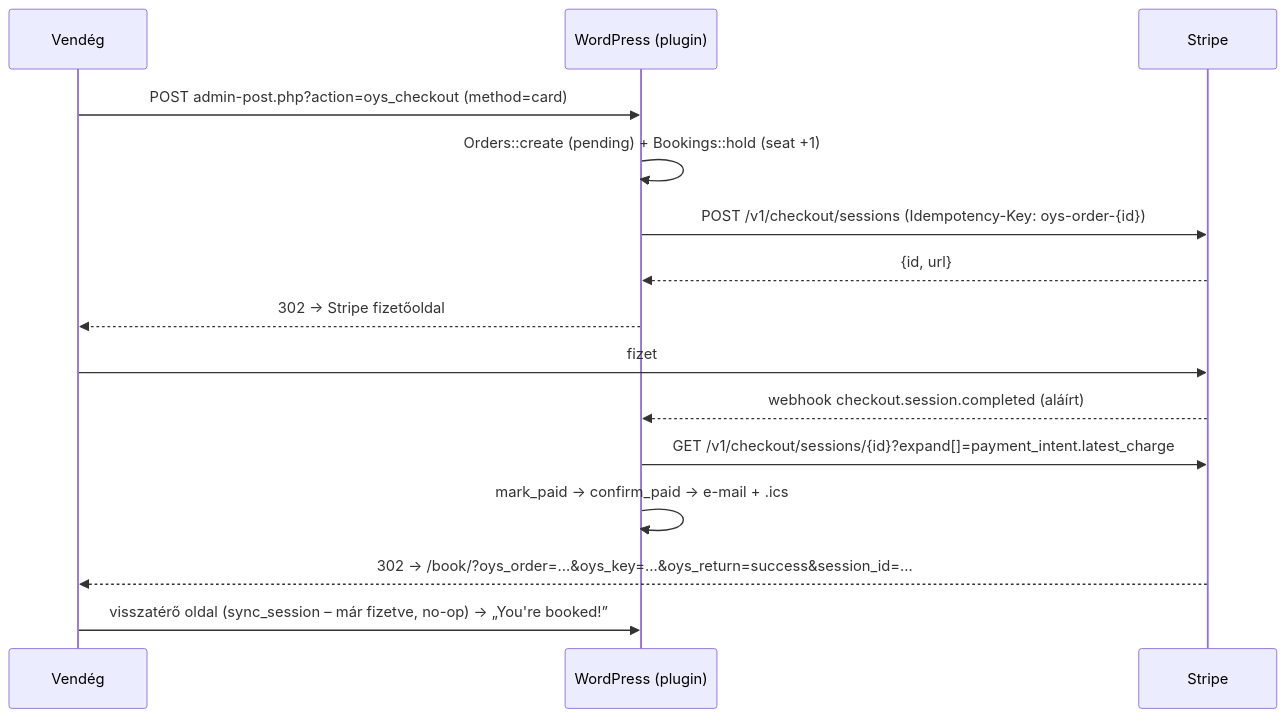
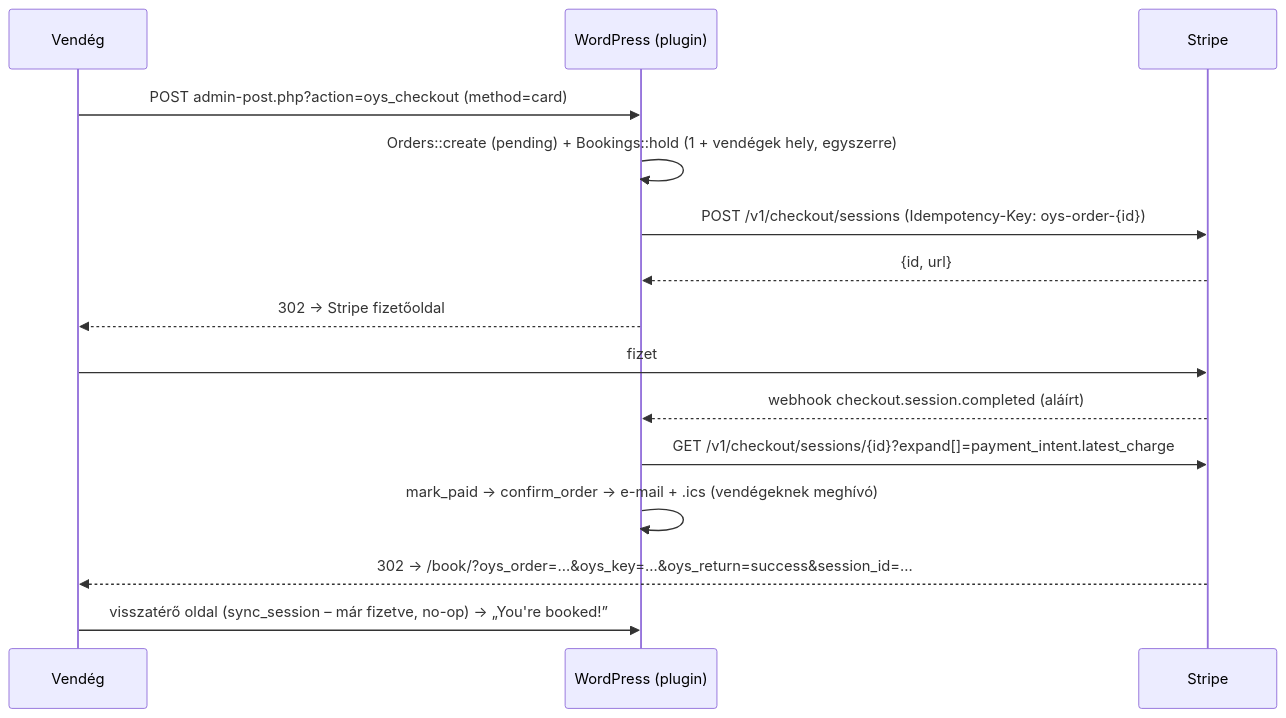
The fourth of 6 diagrams in wordpress/DEVELOPER.md (aronritok-sketch/oliv), drawn with Mermaid before and after one commit. The commit also changed other lines of this file and 4 other files, not shown here.

````diff
--- a/wordpress/DEVELOPER.md
+++ b/wordpress/DEVELOPER.md
@@ -383,17 +412,17 @@
 ```mermaid
 sequenceDiagram
   participant U as Vendég
   participant WP as WordPress (plugin)
   participant S as Stripe
   U->>WP: POST admin-post.php?action=oys_checkout (method=card)
-  WP->>WP: Orders::create (pending) + Bookings::hold (seat +1)
+  WP->>WP: Orders::create (pending) + Bookings::hold (1 + vendégek hely, egyszerre)
   WP->>S: POST /v1/checkout/sessions (Idempotency-Key: oys-order-{id})
   S-->>WP: {id, url}
   WP-->>U: 302 → Stripe fizetőoldal
   U->>S: fizet
   S-->>WP: webhook checkout.session.completed (aláírt)
   WP->>S: GET /v1/checkout/sessions/{id}?expand[]=payment_intent.latest_charge
-  WP->>WP: mark_paid → confirm_paid → e-mail + .ics
+  WP->>WP: mark_paid → confirm_order → e-mail + .ics (vendégeknek meghívó)
   S-->>U: 302 → /book/?oys_order=…&oys_key=…&oys_return=success&session_id=…
   U->>WP: visszatérő oldal (sync_session – már fizetve, no-op) → „You're booked!”
 ```
````
